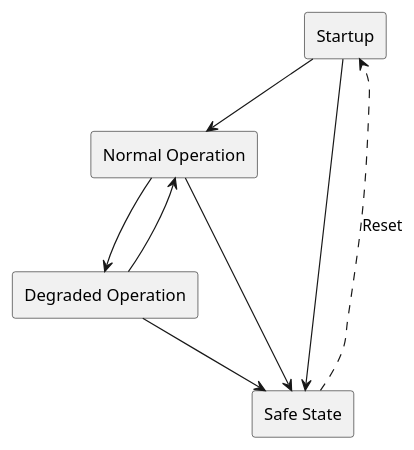
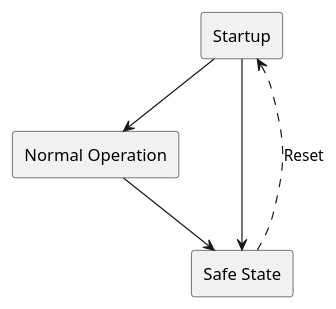
The diagram in Cluster_Display_Use_Case_v2/Item_Defintion/Operational_states.puml (elisa-tech/wg-automotive), drawn with PlantUML before and after one commit. The commit also changed 3 other files, not shown here.

Commit message:
First round of todos from working session 18.03.2021 still open: Propagation of changes from the nominal block diagram to    -block diagram with safety checking    -Sequence diagrams Still open: Mapping to AGL demo elements, especially QT

```diff
--- a/Cluster_Display_Use_Case_v2/Item_Defintion/Operational_states.puml
+++ b/Cluster_Display_Use_Case_v2/Item_Defintion/Operational_states.puml
@@ -2,24 +2,23 @@
 @startuml
 'skinparam linetype polyline
 ' skinparam linetype ortho
 skinparam componentStyle rectangle
 
 [Startup] as S_startup
 [Normal Operation] as S_normal
-[Degraded Operation] as S_degraded
+'[Degraded Operation] as S_degraded
 [Safe State] as S_safe_state
-
 
 S_startup --> S_safe_state
 S_startup --> S_normal
 
-S_normal --> S_degraded
+'S_normal --> S_degraded
 S_normal --> S_safe_state
 
-S_degraded --> S_normal
-S_degraded --> S_safe_state
+'S_degraded --> S_normal
+'S_degraded --> S_safe_state
 
 S_safe_state ..> S_startup : Reset
 
 
 @enduml
```
